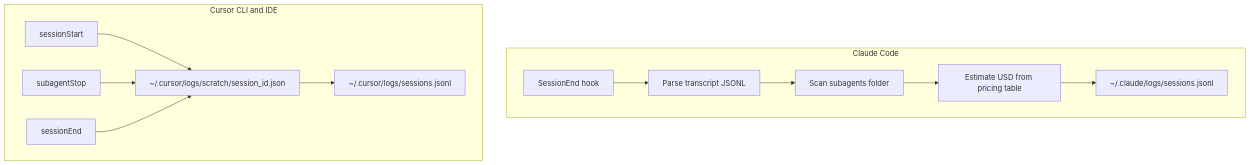
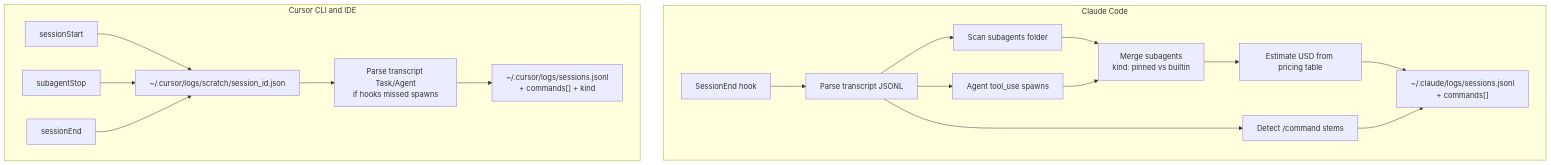
One commit to timopruesse/.dotfiles changed the diagram in SESSION-COST-LOGGING.md. Above: the diagram before and after it, drawn with Mermaid. The commit also changed other lines of this file and 11 other files, not shown here.

First line of the commit message:
Docs: refresh workflow graphs for researcher and hard agent-routing.

````diff
--- a/SESSION-COST-LOGGING.md
+++ b/SESSION-COST-LOGGING.md
@@ -20,16 +20,22 @@
 ```mermaid
 flowchart TB
   subgraph claudePath [Claude Code]
     CEnd[SessionEnd hook] --> CParse[Parse transcript JSONL]
     CParse --> CSub[Scan subagents folder]
-    CSub --> CEst[Estimate USD from pricing table]
-    CEst --> CLog["~/.claude/logs/sessions.jsonl"]
+    CParse --> CAgent[Agent tool_use spawns]
+    CParse --> CCmd[Detect /command stems]
+    CSub --> CMerge[Merge subagents<br/>kind: pinned vs builtin]
+    CAgent --> CMerge
+    CMerge --> CEst[Estimate USD from pricing table]
+    CEst --> CLog["~/.claude/logs/sessions.jsonl<br/>+ commands[]"]
+    CCmd --> CLog
   end
 
   subgraph cursorPath [Cursor CLI and IDE]
     SStart[sessionStart] --> Scratch["~/.cursor/logs/scratch/session_id.json"]
     SStop[subagentStop] --> Scratch
     SEnd[sessionEnd] --> Scratch
-    Scratch --> CFlush["~/.cursor/logs/sessions.jsonl"]
+    Scratch --> TParse[Parse transcript Task/Agent<br/>if hooks missed spawns]
+    TParse --> CFlush["~/.cursor/logs/sessions.jsonl<br/>+ commands[] + kind"]
   end
 ```
````
